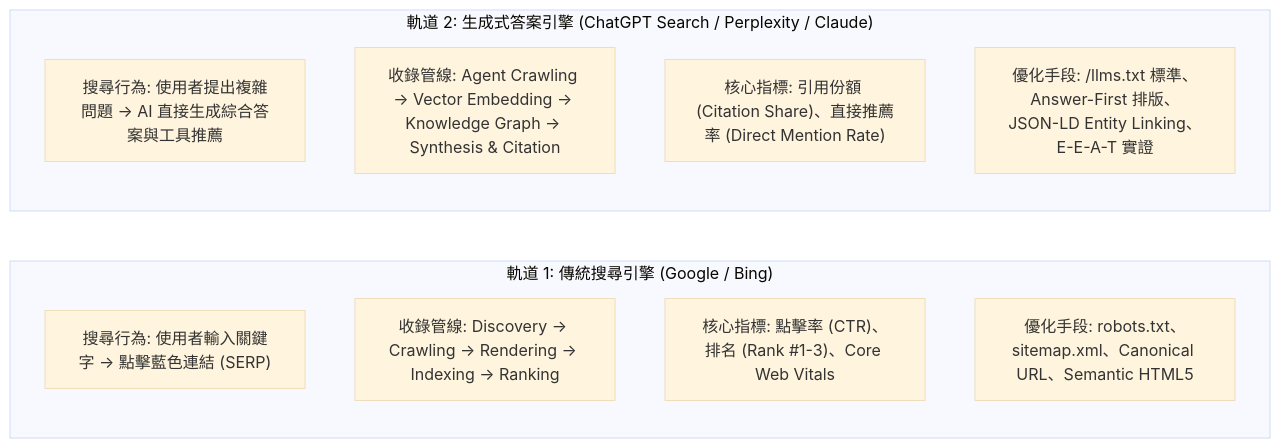
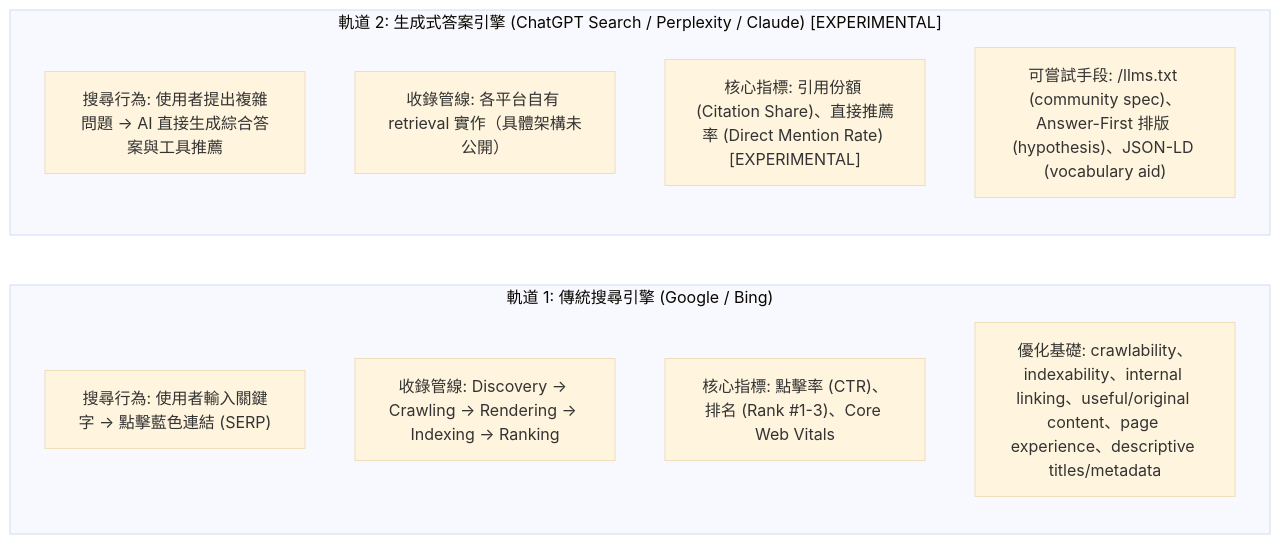
Before and after one commit to arcobaleno64/agy-plugin-cc: the second of 3 diagrams in docs/HANDOVER_MARKETING_AND_RELEASE_PLAYBOOK.md, drawn with Mermaid (base theme). The commit also changed other lines of this file and 5 other files, not shown here.

````diff
--- a/docs/HANDOVER_MARKETING_AND_RELEASE_PLAYBOOK.md
+++ b/docs/HANDOVER_MARKETING_AND_RELEASE_PLAYBOOK.md
@@ -113,16 +176,16 @@
 ```mermaid
 graph LR
     subgraph Traditional_SEO ["軌道 1: 傳統搜尋引擎 (Google / Bing)"]
         T1["搜尋行為: 使用者輸入關鍵字 -> 點擊藍色連結 (SERP)"]
         T2["收錄管線: Discovery -> Crawling -> Rendering -> Indexing -> Ranking"]
         T3["核心指標: 點擊率 (CTR)、排名 (Rank #1-3)、Core Web Vitals"]
-        T4["優化手段: robots.txt、sitemap.xml、Canonical URL、Semantic HTML5"]
+        T4["優化基礎: crawlability、indexability、internal linking、useful/original content、page experience、descriptive titles/metadata"]
     end
 
-    subgraph Generative_AEO ["軌道 2: 生成式答案引擎 (ChatGPT Search / Perplexity / Claude)"]
+    subgraph Generative_AEO ["軌道 2: 生成式答案引擎 (ChatGPT Search / Perplexity / Claude) [EXPERIMENTAL]"]
         A1["搜尋行為: 使用者提出複雜問題 -> AI 直接生成綜合答案與工具推薦"]
-        A2["收錄管線: Agent Crawling -> Vector Embedding -> Knowledge Graph -> Synthesis & Citation"]
-        A3["核心指標: 引用份額 (Citation Share)、直接推薦率 (Direct Mention Rate)"]
-        A4["優化手段: /llms.txt 標準、Answer-First 排版、JSON-LD Entity Linking、E-E-A-T 實證"]
+        A2["收錄管線: 各平台自有 retrieval 實作（具體架構未公開）"]
+        A3["核心指標: 引用份額 (Citation Share)、直接推薦率 (Direct Mention Rate) [EXPERIMENTAL]"]
+        A4["可嘗試手段: /llms.txt (community spec)、Answer-First 排版 (hypothesis)、JSON-LD (vocabulary aid)"]
     end
 ```
````
